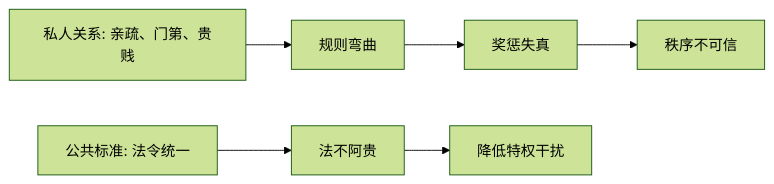
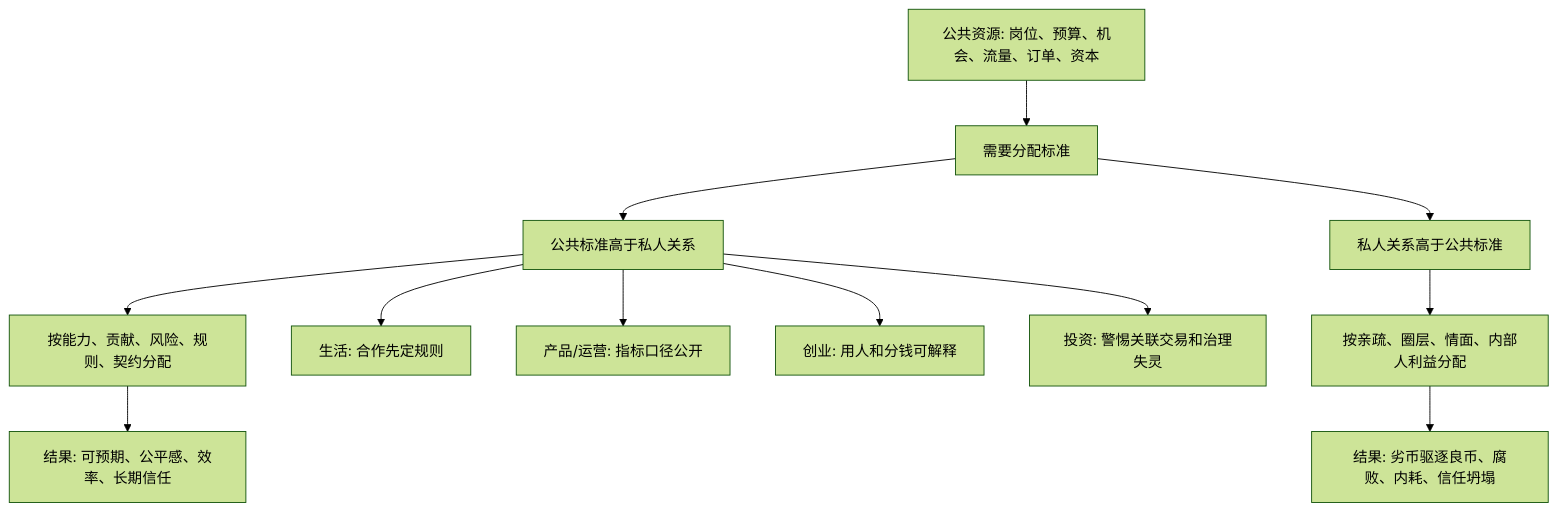
One commit to digoal/blog changed the diagram in 202605/20260518_06.md. Above: the diagram before and after it, drawn with Mermaid (forest theme). The commit also changed other lines of this file and 14 other files, not shown here.

````diff
--- a/202605/20260518_06.md
+++ b/202605/20260518_06.md
@@ -22,8 +24,14 @@
 ```mermaid
-flowchart LR
-  A["私人关系: 亲疏、门第、贵贱"] --> B["规则弯曲"]
-  B --> C["奖惩失真"]
-  C --> D["秩序不可信"]
-  E["公共标准: 法令统一"] --> F["法不阿贵"]
-  F --> G["降低特权干扰"]
+flowchart TB
+  A["公共资源: 岗位、预算、机会、流量、订单、资本"] --> B["需要分配标准"]
+  B --> C["公共标准高于私人关系"]
+  C --> D["按能力、贡献、风险、规则、契约分配"]
+  D --> E["结果: 可预期、公平感、效率、长期信任"]
+  B --> F["私人关系高于公共标准"]
+  F --> G["按亲疏、圈层、情面、内部人利益分配"]
+  G --> H["结果: 劣币驱逐良币、腐败、内耗、信任坍塌"]
+  C --> I["生活: 合作先定规则"]
+  C --> J["产品/运营: 指标口径公开"]
+  C --> K["创业: 用人和分钱可解释"]
+  C --> L["投资: 警惕关联交易和治理失灵"]
 ```
````
